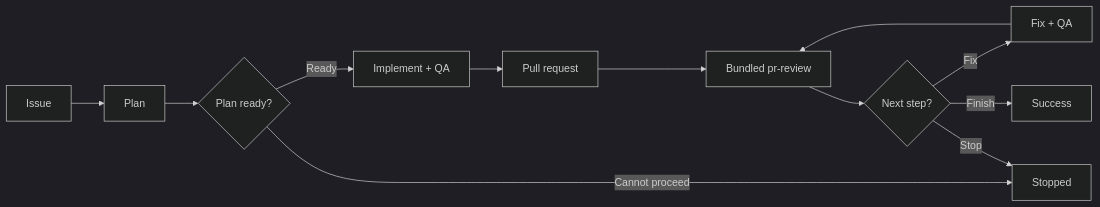
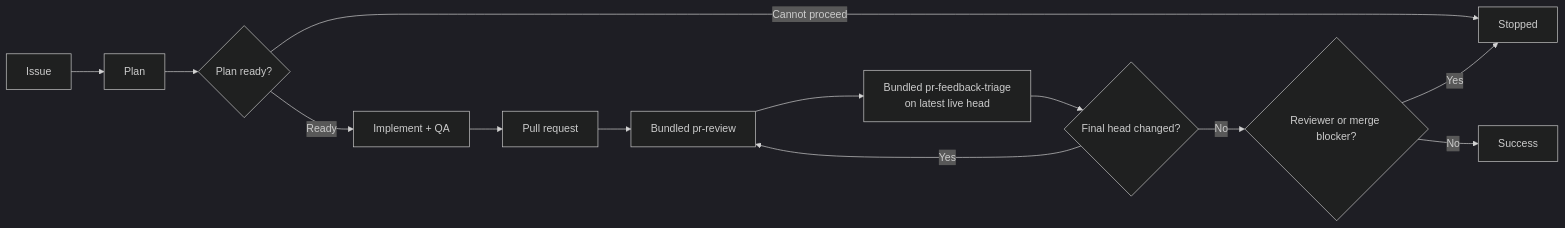
The diagram in README.md (dceoy/pr-loop), drawn with Mermaid (dark theme) before and after one commit. The commit also changed other lines of this file and 2 other files, not shown here.

First line of the commit message:
Compose pr-loop with bundled pr-feedback-triage (#9)

````diff
--- a/README.md
+++ b/README.md
@@ -11,12 +11,14 @@
 ```mermaid
 flowchart LR
   I[Issue] --> P[Plan] --> Q{Plan ready?}
   Q -->|Ready| M[Implement + QA] --> PR[Pull request]
   Q -->|Cannot proceed| T[Stopped]
 
-  PR --> R[Bundled pr-review] --> N{Next step?}
-  N -->|Fix| X[Fix + QA]
-  X --> R
-  N -->|Stop| T
-  N -->|Finish| S[Success]
+  PR --> R[Bundled pr-review]
+  R --> F[Bundled pr-feedback-triage<br/>on latest live head]
+  F --> H{Final head changed?}
+  H -->|Yes| R
+  H -->|No| B{Reviewer or merge blocker?}
+  B -->|Yes| T
+  B -->|No| S[Success]
 ```
````
